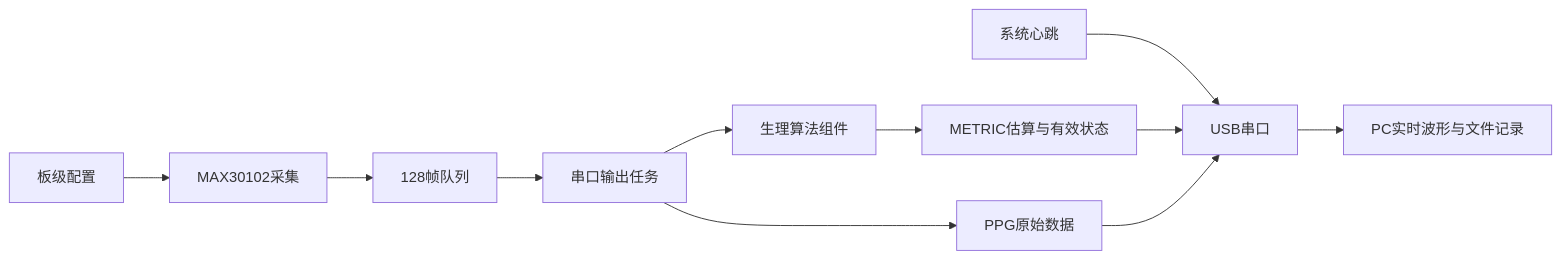
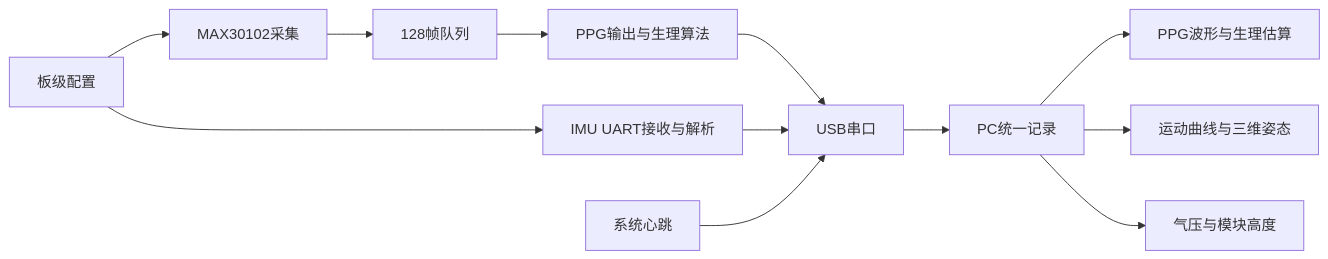
One commit to jelly2187/summit_sense_watch changed the diagram in docs/work_progress_2026-10-13.md. Above: the diagram before and after it, drawn with Mermaid. The commit also changed other lines of this file and 20 other files, not shown here.

````diff
--- a/docs/work_progress_2026-10-13.md
+++ b/docs/work_progress_2026-10-13.md
@@ -151,13 +178,14 @@
 ```mermaid
 flowchart LR
     B[板级配置] --> S[MAX30102采集]
     S --> Q[128帧队列]
-    Q --> O[串口输出任务]
-    O --> A[生理算法组件]
-    A --> M[METRIC估算与有效状态]
-    O --> P[PPG原始数据]
-    H[系统心跳] --> U[USB串口]
-    M --> U
-    P --> U
-    U --> C[PC实时波形与文件记录]
+    Q --> O[PPG输出与生理算法]
+    B --> I[IMU UART接收与解析]
+    O --> U[USB串口]
+    I --> U
+    H[系统心跳] --> U
+    U --> C[PC统一记录]
+    C --> P[PPG波形与生理估算]
+    C --> V[运动曲线与三维姿态]
+    C --> A[气压与模块高度]
 ```
````
